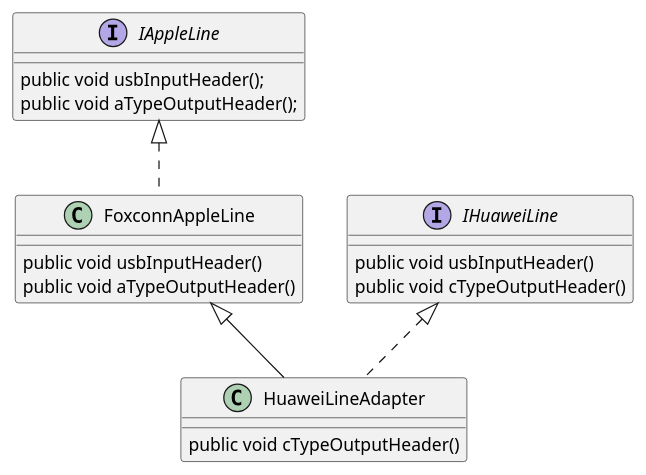
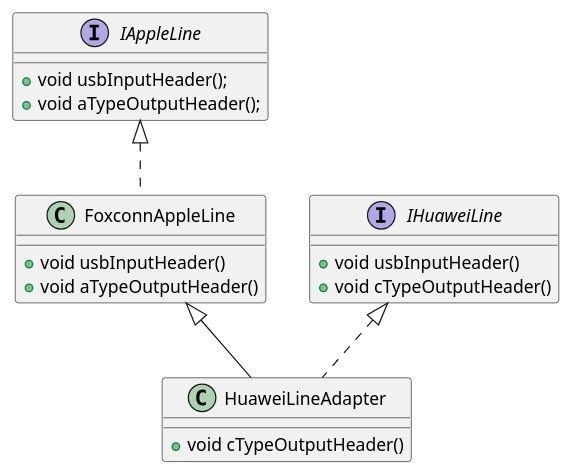
Before and after one commit to Carlos-Messi-Gold-Ye/DesignModel: the diagram in src/main/java/com/design/model/adapter/adapter-class.puml, drawn with PlantUML. The commit also changed 2 other files, not shown here.

```diff
--- a/src/main/java/com/design/model/adapter/adapter-class.puml
+++ b/src/main/java/com/design/model/adapter/adapter-class.puml
@@ -1,23 +1,23 @@
 @startuml
 
 interface IAppleLine {
 
-    public void usbInputHeader();
-    public void aTypeOutputHeader();
+    + void usbInputHeader();
+    + void aTypeOutputHeader();
 }
 
 interface IHuaweiLine {
-    public void usbInputHeader()
-    public void cTypeOutputHeader()
+    + void usbInputHeader()
+    + void cTypeOutputHeader()
 }
 
 class FoxconnAppleLine implements IAppleLine {
-    public void usbInputHeader()
-    public void aTypeOutputHeader()
+    + void usbInputHeader()
+    + void aTypeOutputHeader()
 }
 
 class HuaweiLineAdapter extends FoxconnAppleLine implements IHuaweiLine {
-    public void cTypeOutputHeader()
+    + void cTypeOutputHeader()
 }
 
 @enduml
```
